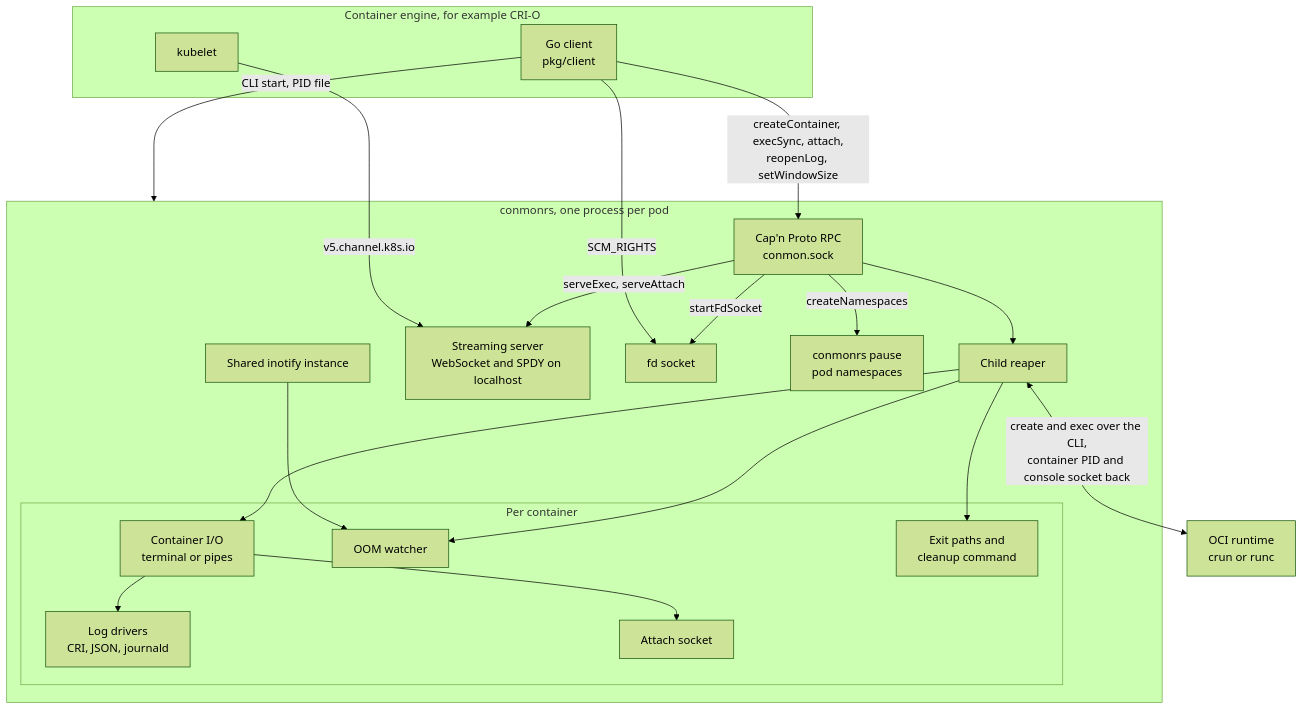
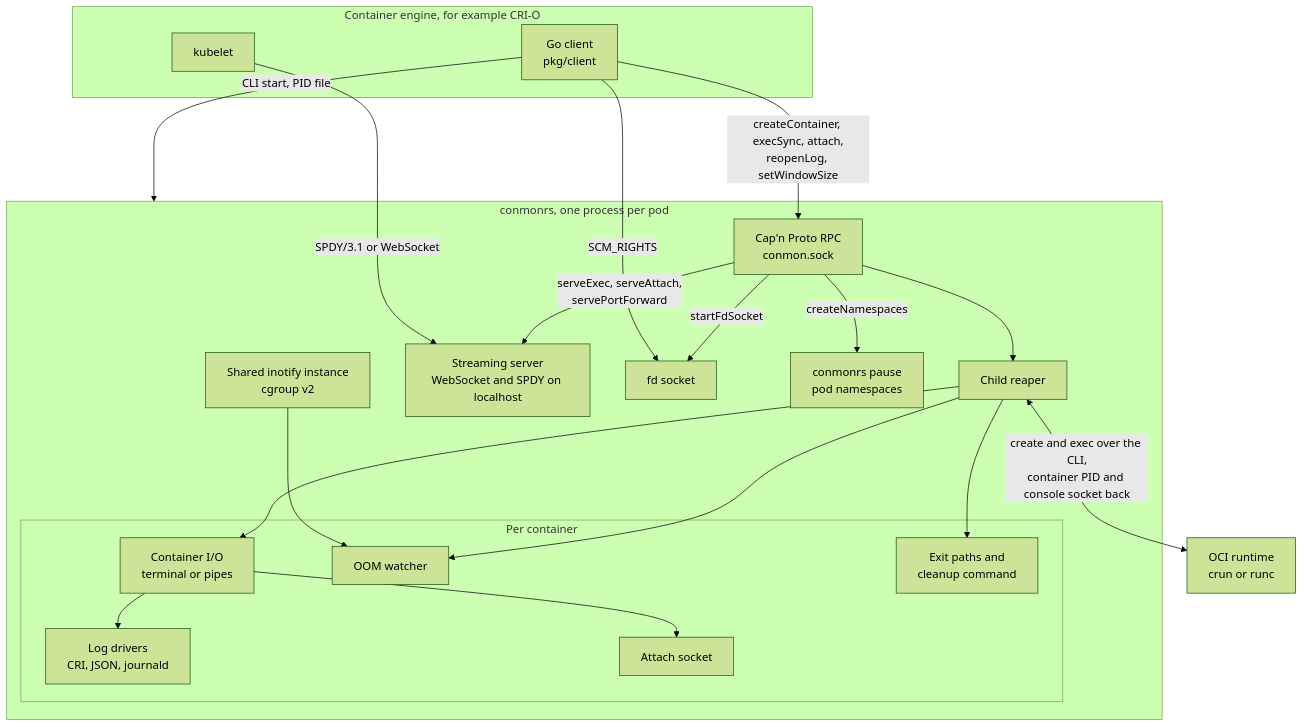
One commit to containers/conmon-rs changed the diagram in README.md. Above: the diagram before and after it, drawn with Mermaid (forest theme). The commit also changed other lines of this file and 41 other files, not shown here.

````diff
--- a/README.md
+++ b/README.md
@@ -148,41 +177,41 @@
 ```mermaid
 flowchart TB
     subgraph engine["Container engine, for example CRI-O"]
         client["Go client<br/>pkg/client"]
         kubelet["kubelet"]
     end
 
     subgraph server["conmonrs, one process per pod"]
         rpc["Cap'n Proto RPC<br/>conmon.sock"]
         reaper["Child reaper"]
         subgraph percontainer["Per container"]
             io["Container I/O<br/>terminal or pipes"]
             logs["Log drivers<br/>CRI, JSON, journald"]
             attachsock["Attach socket"]
             oom["OOM watcher"]
             exitpaths["Exit paths and<br/>cleanup command"]
         end
-        inotify["Shared inotify instance"]
+        inotify["Shared inotify instance<br/>cgroup v2"]
         streaming["Streaming server<br/>WebSocket and SPDY on localhost"]
         fdsock["fd socket"]
         pause["conmonrs pause<br/>pod namespaces"]
     end
 
     runtime["OCI runtime<br/>crun or runc"]
 
     client -- "CLI start, PID file" --> server
     client -- "createContainer, execSync, attach,<br/>reopenLog, setWindowSize" --> rpc
     rpc --> reaper
     reaper <-- "create and exec over the CLI,<br/>container PID and console socket back" --> runtime
     reaper --> io
     io --> logs
     io --> attachsock
     reaper --> oom
     inotify --> oom
     reaper --> exitpaths
-    rpc -- "serveExec, serveAttach" --> streaming
-    kubelet -- "v5.channel.k8s.io" --> streaming
+    rpc -- "serveExec, serveAttach,<br/>servePortForward" --> streaming
+    kubelet -- "SPDY/3.1 or WebSocket" --> streaming
     rpc -- "startFdSocket" --> fdsock
     client -- "SCM_RIGHTS" --> fdsock
     rpc -- "createNamespaces" --> pause
 ```
````
